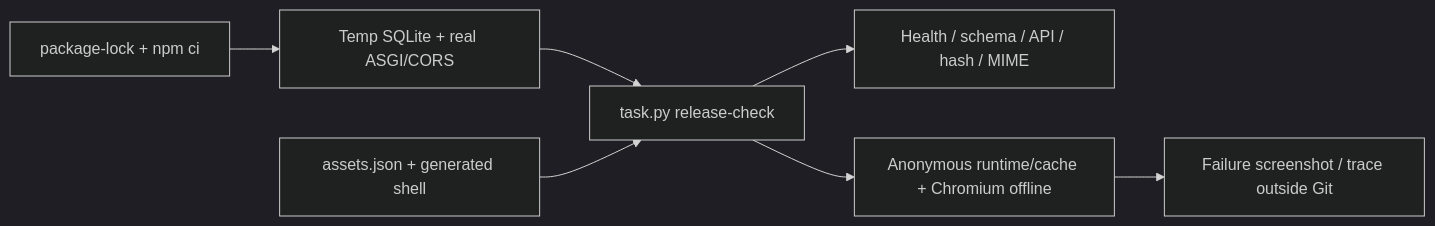
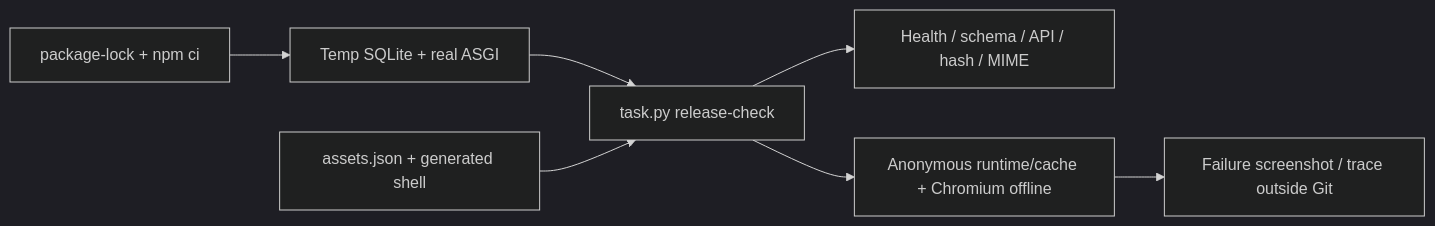
Before and after one commit to Teng91/running-shoes: the second of 15 diagrams in docs/architecture.md, drawn with Mermaid (dark theme). The commit also changed 4 other files, not shown here.

````diff
--- a/docs/architecture.md
+++ b/docs/architecture.md
@@ -41,9 +41,9 @@
 ```mermaid
 flowchart LR
-    Lock[package-lock + npm ci] --> E2E[Temp SQLite + real ASGI/CORS]
+    Lock[package-lock + npm ci] --> E2E[Temp SQLite + real ASGI]
     E2E --> Gate[task.py release-check]
     Manifest[assets.json + generated shell] --> Gate
     Gate --> Hash[Health / schema / API / hash / MIME]
     Gate --> Browser[Anonymous runtime/cache + Chromium offline]
     Browser --> Evidence[Failure screenshot / trace outside Git]
 ```
````
